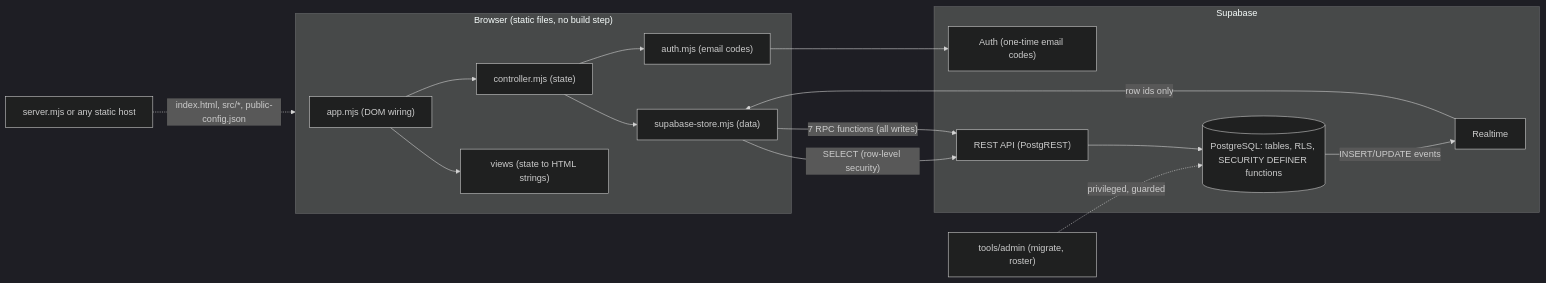
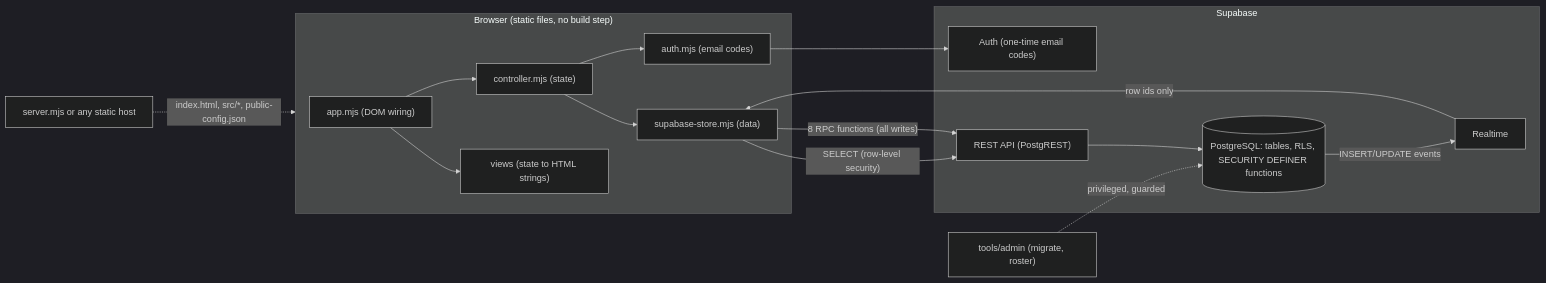
One commit to jin-yu-yang/VITA-Management-System-Demo changed the diagram in docs/developer/README.md. Above: the diagram before and after it, drawn with Mermaid (dark theme). The commit also changed other lines of this file and 1 other file, not shown here.

Commit message:
Docs: RPC count and signature wording

````diff
--- a/docs/developer/README.md
+++ b/docs/developer/README.md
@@ -36,23 +36,23 @@
 ```mermaid
 flowchart LR
   subgraph Browser["Browser (static files, no build step)"]
     App["app.mjs (DOM wiring)"] --> Views["views (state to HTML strings)"]
     App --> Controller["controller.mjs (state)"]
     Controller --> Store["supabase-store.mjs (data)"]
     Controller --> Auth["auth.mjs (email codes)"]
   end
   subgraph Supabase
     GoTrue["Auth (one-time email codes)"]
     PostgREST["REST API (PostgREST)"]
     Realtime["Realtime"]
     PG[("PostgreSQL: tables, RLS, SECURITY DEFINER functions")]
   end
   Auth --> GoTrue
   Store -- "SELECT (row-level security)" --> PostgREST
-  Store -- "7 RPC functions (all writes)" --> PostgREST
+  Store -- "8 RPC functions (all writes)" --> PostgREST
   PostgREST --> PG
   PG -- "INSERT/UPDATE events" --> Realtime
   Realtime -- "row ids only" --> Store
   Server["server.mjs or any static host"] -. "index.html, src/*, public-config.json" .-> Browser
   Tools["tools/admin (migrate, roster)"] -. "privileged, guarded" .-> PG
 ```
````
